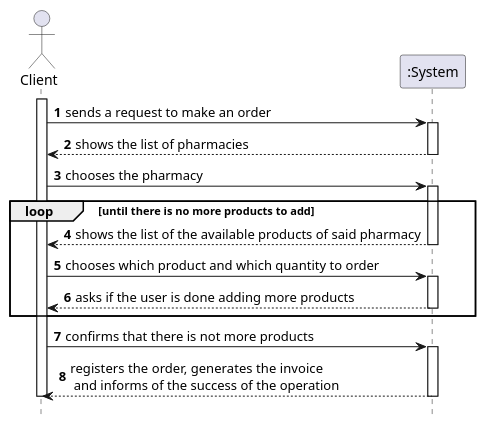
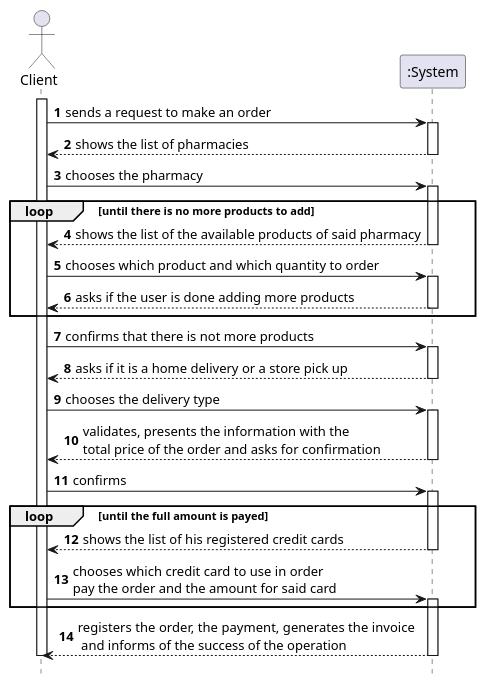
Before and after one commit to tiagoavcosta25/LAPR3: the diagram in docs/Iteration 2/Make An Order/Refinement/US25_MakeAnOrder/US25_SSD.puml, drawn with PlantUML. The commit also changed 8 other files, not shown here.

```diff
--- a/docs/Iteration 2/Make An Order/Refinement/US25_MakeAnOrder/US25_SSD.puml
+++ b/docs/Iteration 2/Make An Order/Refinement/US25_MakeAnOrder/US25_SSD.puml
@@ -1,36 +1,54 @@
 @startuml
 autonumber
 hide footbox
 
 actor "Client" as CL
 participant ":System" as SYST
 
 activate CL
 
 CL -> SYST : sends a request to make an order
 activate SYST
 SYST --> CL : shows the list of pharmacies
 deactivate SYST
 
 CL -> SYST : chooses the pharmacy
 activate SYST
 loop until there is no more products to add
 SYST --> CL : shows the list of the available products of said pharmacy
 deactivate SYST
 
 CL -> SYST : chooses which product and which quantity to order
 activate SYST
 SYST --> CL : asks if the user is done adding more products
 deactivate SYST
 end
 
 CL -> SYST : confirms that there is not more products
 activate SYST
 
-SYST --> CL : registers the order, generates the invoice\n and informs of the success of the operation
-
+SYST --> CL : asks if it is a home delivery or a store pick up
 deactivate SYST
 
+CL -> SYST : chooses the delivery type
+activate SYST
+
+SYST --> CL : validates, presents the information with the \ntotal price of the order and asks for confirmation
+deactivate SYST
+
+CL -> SYST : confirms
+activate SYST
+
+loop until the full amount is payed
+SYST --> CL : shows the list of his registered credit cards
+deactivate SYST
+
+CL -> SYST : chooses which credit card to use in order \npay the order and the amount for said card
+activate SYST
+end
+
+SYST --> CL : registers the order, the payment, generates the invoice\n and informs of the success of the operation
+deactivate SYST
 deactivate CL
 
 @enduml
```
